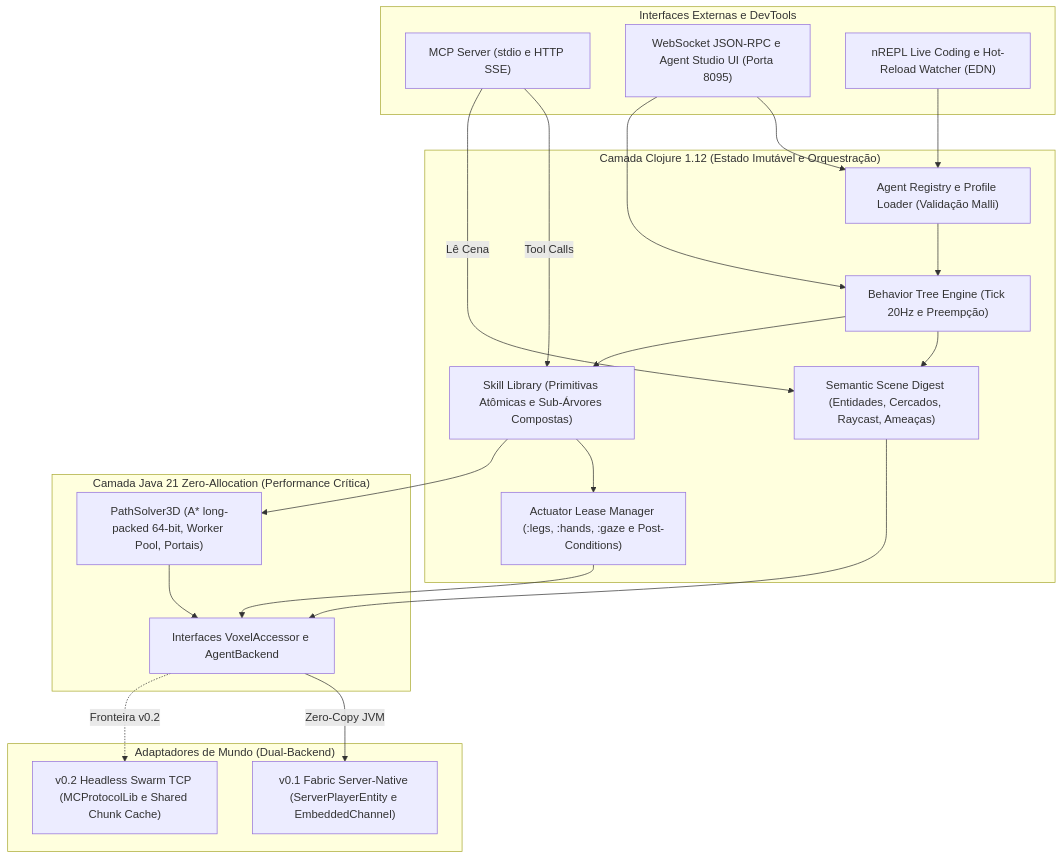
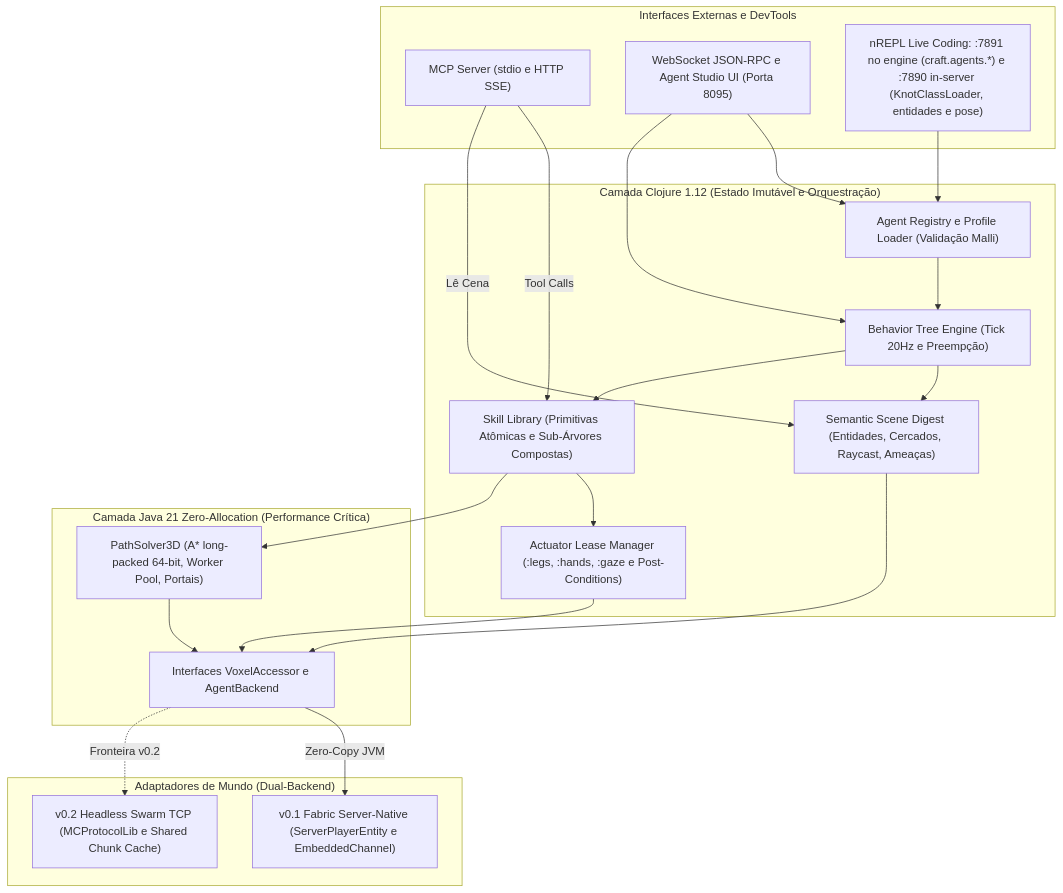
One commit to patrickcmserrano/craft-agents changed the first of 3 diagrams in docs/02-arquitetura-e-plano-craft-agents.md. Above: the diagram before and after it, drawn with Mermaid. The commit also changed 1 other file, not shown here.

Commit message:
docs(nrepl): document the two evaluation ports and refresh the test counts
O README listava 75 suites / 1005 assercoes, mas a suite roda 118 / 1412.
Acrescenta a secao de inspecao por nREPL (o que cada porta alcanca e como
avaliar), os comandos `make classpath-list` e `make attach`, e o alerta de que
o nREPL 1.3.0 nao responde quando o cliente envia `id`.

````diff
--- a/docs/02-arquitetura-e-plano-craft-agents.md
+++ b/docs/02-arquitetura-e-plano-craft-agents.md
@@ -26,42 +26,42 @@
 ```mermaid
 flowchart TB
     subgraph EXT["Interfaces Externas e DevTools"]
         MCP["MCP Server (stdio e HTTP SSE)"]
         WS["WebSocket JSON-RPC e Agent Studio UI (Porta 8095)"]
-        REPL["nREPL Live Coding e Hot-Reload Watcher (EDN)"]
+        REPL["nREPL Live Coding: :7891 no engine (craft.agents.*) e :7890 in-server (KnotClassLoader, entidades e pose)"]
     end
 
     subgraph BRAIN["Camada Clojure 1.12 (Estado Imutável e Orquestração)"]
         REG["Agent Registry e Profile Loader (Validação Malli)"]
         BT["Behavior Tree Engine (Tick 20Hz e Preempção)"]
         LEASE["Actuator Lease Manager (:legs, :hands, :gaze e Post-Conditions)"]
         PERC["Semantic Scene Digest (Entidades, Cercados, Raycast, Ameaças)"]
         SKILL["Skill Library (Primitivas Atômicas e Sub-Árvores Compostas)"]
     end
 
     subgraph NUM["Camada Java 21 Zero-Allocation (Performance Crítica)"]
         ASTAR["PathSolver3D (A* long-packed 64-bit, Worker Pool, Portais)"]
         VOX["Interfaces VoxelAccessor e AgentBackend"]
     end
 
     subgraph BACKENDS["Adaptadores de Mundo (Dual-Backend)"]
         FAB["v0.1 Fabric Server-Native (ServerPlayerEntity e EmbeddedChannel)"]
         TCP["v0.2 Headless Swarm TCP (MCProtocolLib e Shared Chunk Cache)"]
     end
 
     MCP -->|"Tool Calls"| SKILL
     MCP -->|"Lê Cena"| PERC
     WS --> REG
     WS --> BT
     REPL --> REG
     REG --> BT
     BT --> PERC
     BT --> SKILL
     SKILL --> LEASE
     SKILL --> ASTAR
     PERC --> VOX
     ASTAR --> VOX
     LEASE --> VOX
     VOX -->|"Zero-Copy JVM"| FAB
     VOX -.->|"Fronteira v0.2"| TCP
 ```
````
